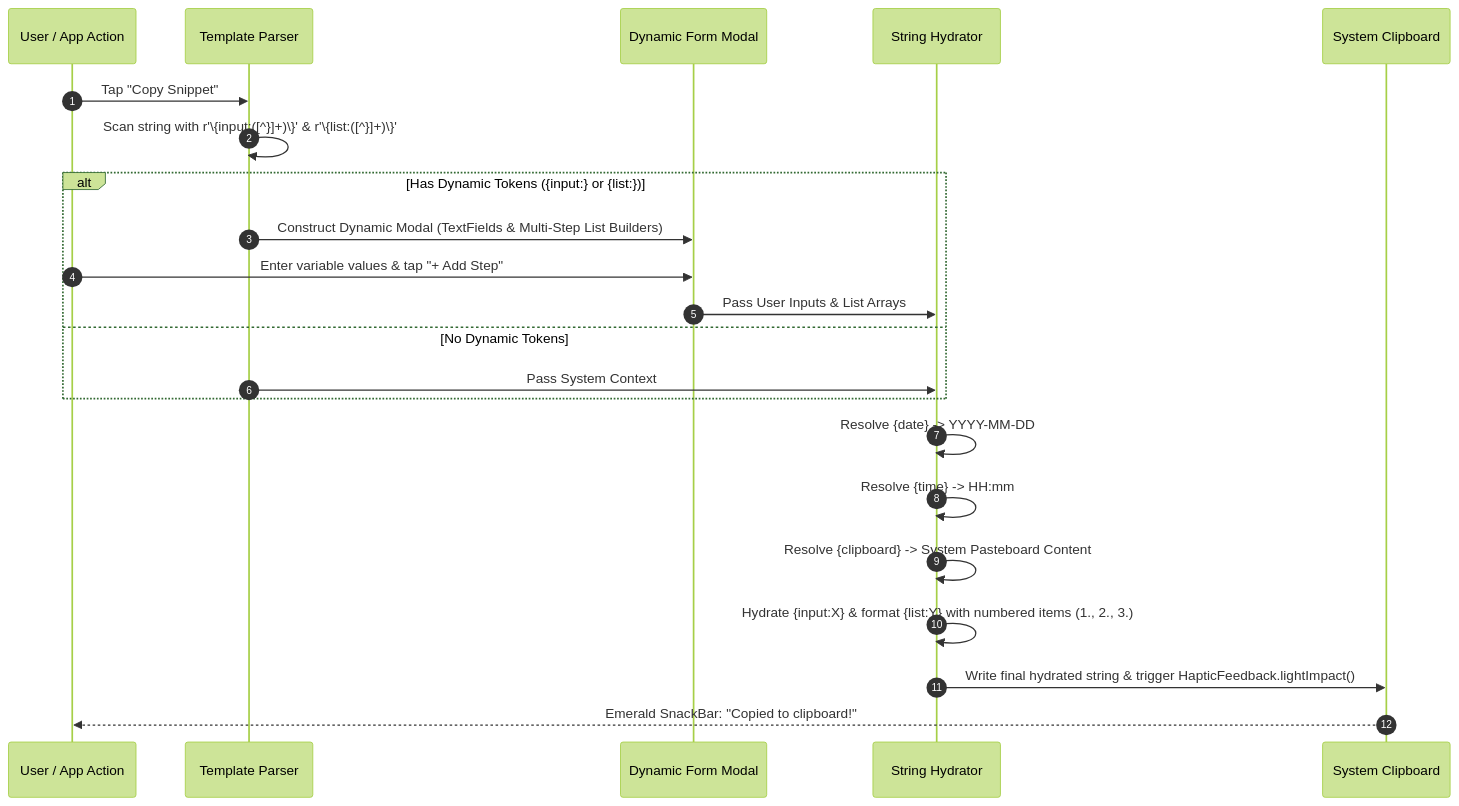
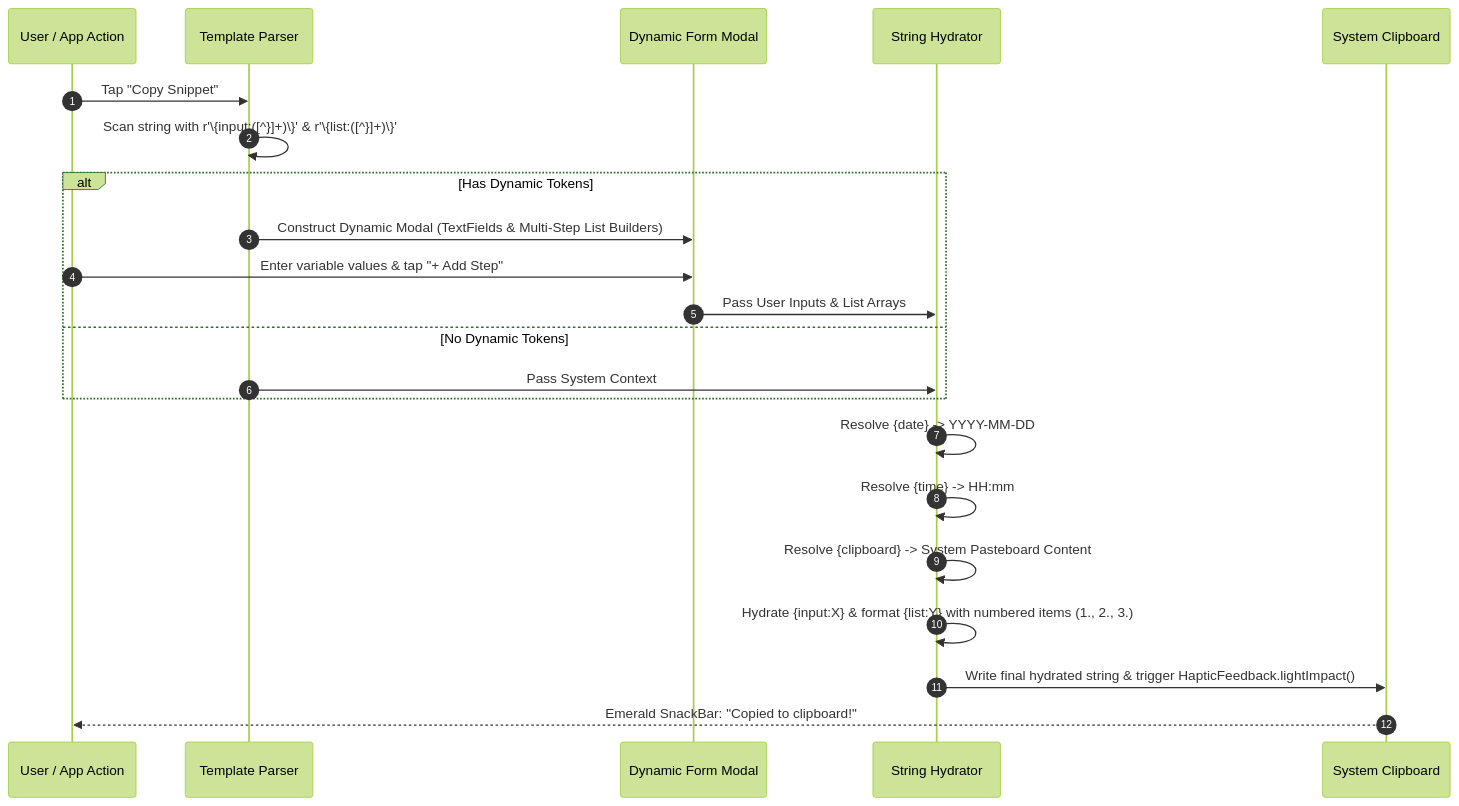
The second of 3 diagrams in README.md (Abhimanyu-Vaishnav/ContextVault), drawn with Mermaid (forest theme) before and after one commit. The commit also changed other lines of this file, not shown here.

Commit message:
fix(docs): wrap mermaid link text in quotes to resolve parser error on curly braces

````diff
--- a/README.md
+++ b/README.md
@@ -76,25 +76,25 @@
 ```mermaid
 sequenceDiagram
     autonumber
     participant User as User / App Action
     participant Parser as Template Parser
     participant Dialog as Dynamic Form Modal
     participant Engine as String Hydrator
     participant Board as System Clipboard
 
     User->>Parser: Tap "Copy Snippet"
     Parser->>Parser: Scan string with r'\{input:([^}]+)\}' & r'\{list:([^}]+)\}'
-    alt Has Dynamic Tokens ({input:} or {list:})
+    alt Has Dynamic Tokens
         Parser->>Dialog: Construct Dynamic Modal (TextFields & Multi-Step List Builders)
         User->>Dialog: Enter variable values & tap "+ Add Step"
         Dialog->>Engine: Pass User Inputs & List Arrays
     else No Dynamic Tokens
         Parser->>Engine: Pass System Context
     end
     Engine->>Engine: Resolve {date} -> YYYY-MM-DD
     Engine->>Engine: Resolve {time} -> HH:mm
     Engine->>Engine: Resolve {clipboard} -> System Pasteboard Content
     Engine->>Engine: Hydrate {input:X} & format {list:Y} with numbered items (1., 2., 3.)
     Engine->>Board: Write final hydrated string & trigger HapticFeedback.lightImpact()
     Board-->>User: Emerald SnackBar: "Copied to clipboard!"
 ```
````
